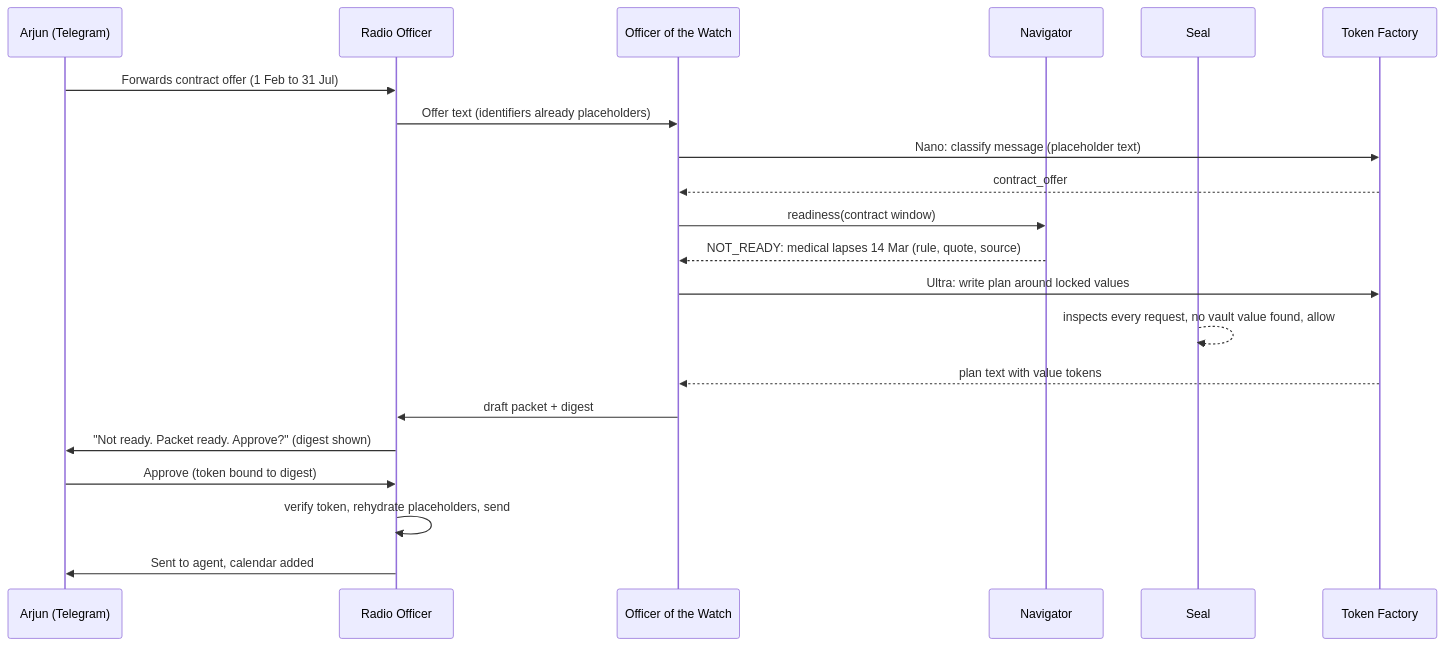
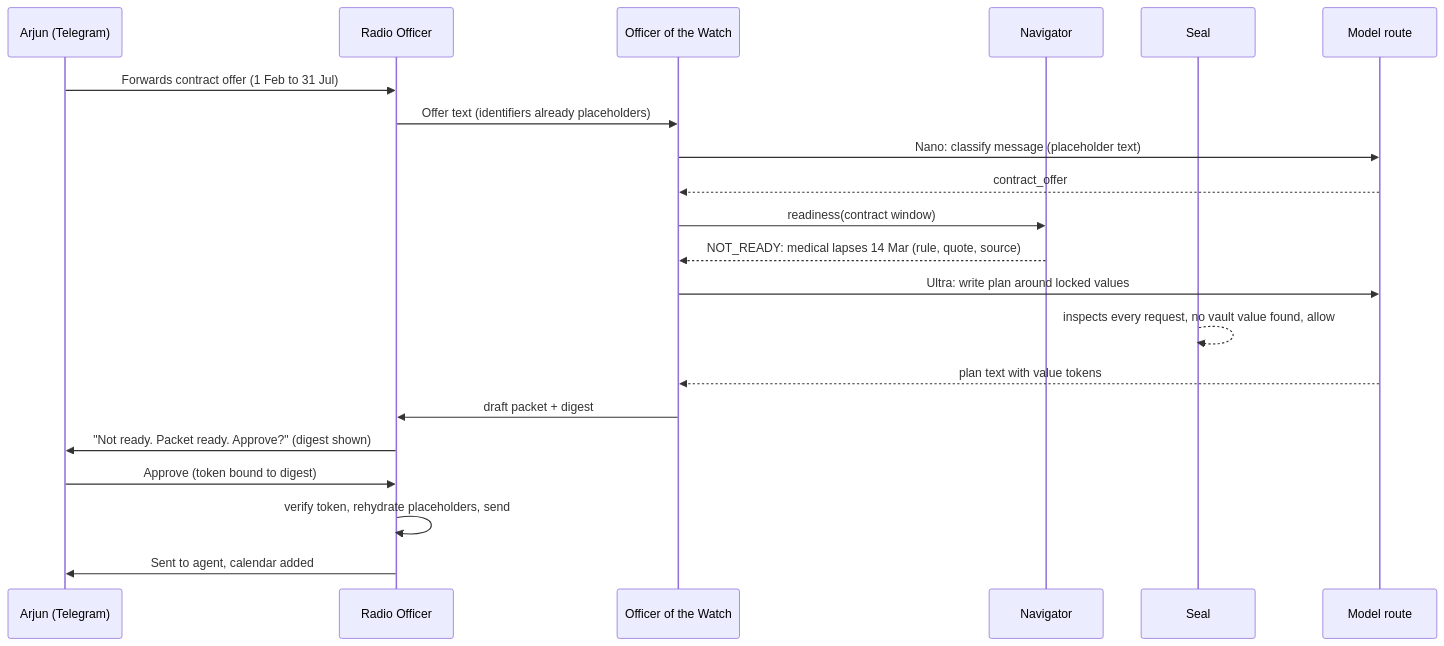
Before and after one commit to 0xkinno/dogwatch: the second of 2 diagrams in README.md, drawn with Mermaid. The commit also changed other lines of this file and 46 other files, not shown here.

````diff
--- a/README.md
+++ b/README.md
@@ -120,23 +123,23 @@
 ```mermaid
 sequenceDiagram
   participant A as Arjun (Telegram)
   participant R as Radio Officer
   participant W as Officer of the Watch
   participant N as Navigator
   participant S as Seal
-  participant T as Token Factory
+  participant T as Model route
   A->>R: Forwards contract offer (1 Feb to 31 Jul)
   R->>W: Offer text (identifiers already placeholders)
   W->>T: Nano: classify message (placeholder text)
   T-->>W: contract_offer
   W->>N: readiness(contract window)
   N-->>W: NOT_READY: medical lapses 14 Mar (rule, quote, source)
   W->>T: Ultra: write plan around locked values
   S-->>S: inspects every request, no vault value found, allow
   T-->>W: plan text with value tokens
   W->>R: draft packet + digest
   R->>A: "Not ready. Packet ready. Approve?" (digest shown)
   A->>R: Approve (token bound to digest)
   R->>R: verify token, rehydrate placeholders, send
   R->>A: Sent to agent, calendar added
 ```
````
